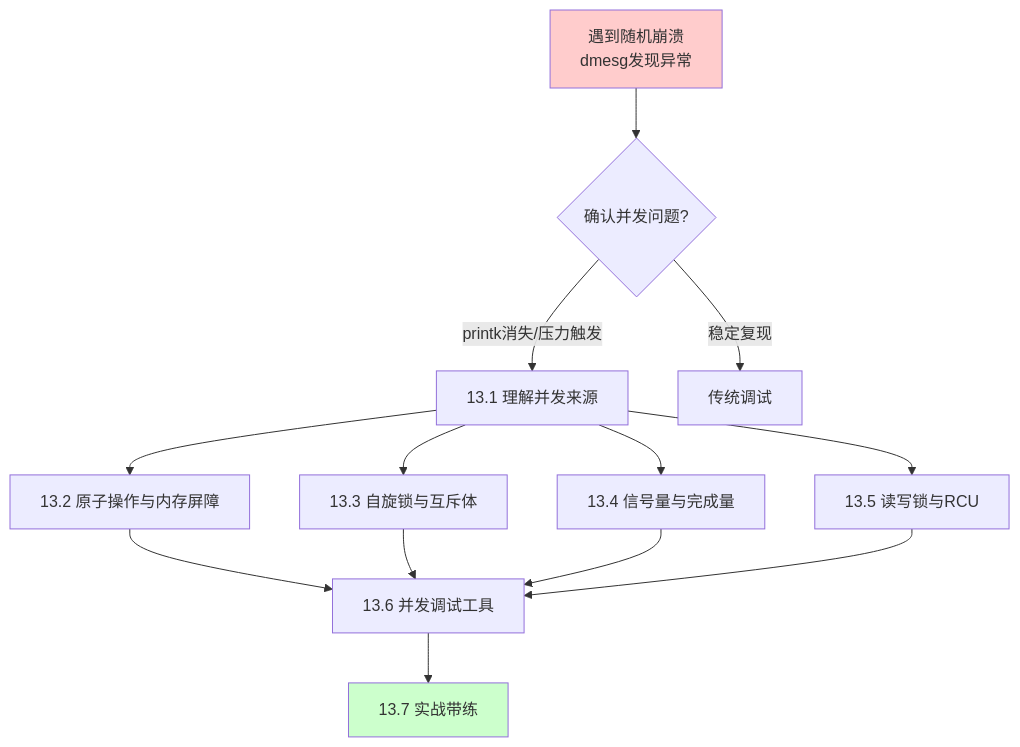
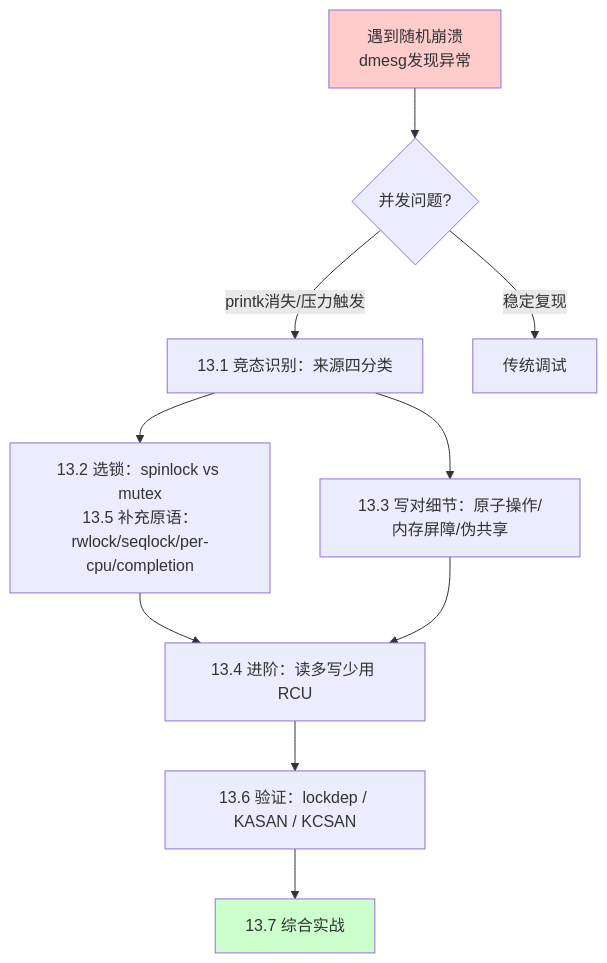
One commit to xiaohong0925/Embedded_Knowledge_System_V2026 changed the diagram in docs/02-核心机制深度解析/第13章 并发与同步/13.1.1_从随机崩溃案例引入.md. Above: the diagram before and after it, drawn with Mermaid. The commit also changed other lines of this file and 43 other files, not shown here.

````diff
--- a/docs/02-核心机制深度解析/第13章 并发与同步/13.1.1_从随机崩溃案例引入.md
+++ b/docs/02-核心机制深度解析/第13章 并发与同步/13.1.1_从随机崩溃案例引入.md
@@ -87,17 +71,14 @@
 ```mermaid
 flowchart TD
-    A[遇到随机崩溃<br/>dmesg发现异常] --> B{确认并发问题?}
-    B -->|printk消失/压力触发| C[13.1 理解并发来源]
+    A[遇到随机崩溃<br/>dmesg发现异常] --> B{并发问题?}
+    B -->|printk消失/压力触发| C["13.1 竞态识别：来源四分类"]
     B -->|稳定复现| D[传统调试]
-    C --> E[13.2 原子操作与内存屏障]
-    C --> F[13.3 自旋锁与互斥体]
-    C --> G[13.4 信号量与完成量]
-    C --> H[13.5 读写锁与RCU]
-    E --> I[13.6 并发调试工具]
-    F --> I
-    G --> I
-    H --> I
-    I --> J[13.7 实战带练]
+    C --> E["13.2 选锁：spinlock vs mutex<br/>13.5 补充原语：rwlock/seqlock/per-cpu/completion"]
+    C --> F["13.3 写对细节：原子操作/内存屏障/伪共享"]
+    E --> G["13.4 进阶：读多写少用 RCU"]
+    F --> G
+    G --> H["13.6 验证：lockdep / KASAN / KCSAN"]
+    H --> I["13.7 综合实战"]
     style A fill:#ffcccc
-    style J fill:#ccffcc
+    style I fill:#ccffcc
 ```
````
